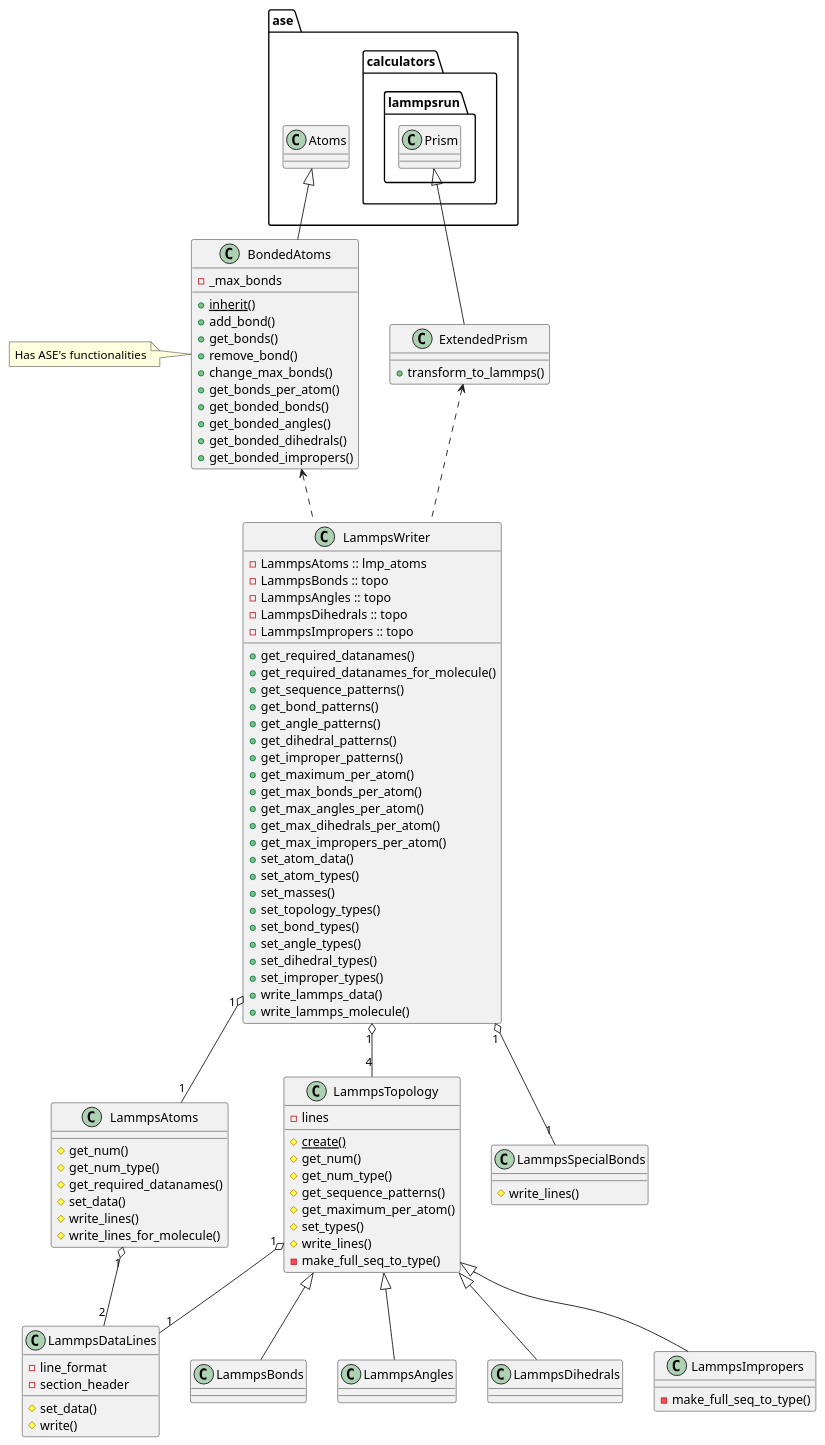
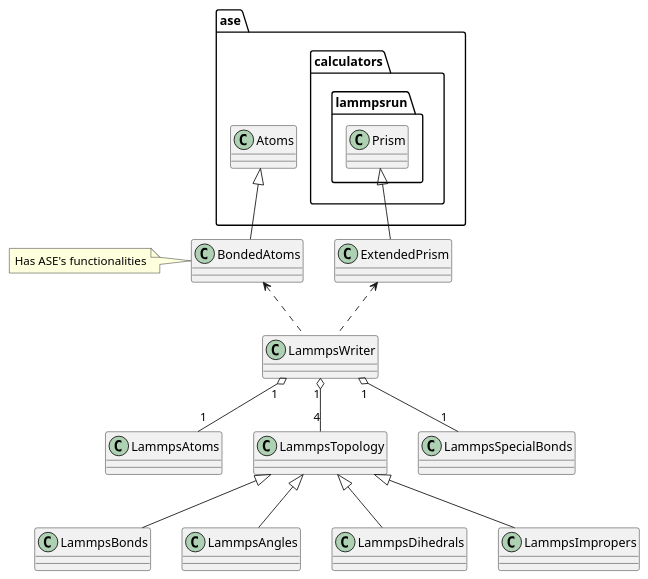
Before and after one commit to irisTa56/ease4lmp: the second of 2 diagrams in sphinx/diagrams.md, drawn with PlantUML. The commit also changed other lines of this file and 33 other files, not shown here.

```diff
--- a/sphinx/diagrams.md
+++ b/sphinx/diagrams.md
@@ -27,74 +29,25 @@
 }
 
 class BondedAtoms {
-  -_max_bonds
-  {static} +inherit()
-  +add_bond()
-  +get_bonds()
-  +remove_bond()
-  +change_max_bonds()
-  +get_bonds_per_atom()
-  +get_bonded_bonds()
-  +get_bonded_angles()
-  +get_bonded_dihedrals()
-  +get_bonded_impropers()
+
 }
 
 note left: Has ASE's functionalities
 
 class ExtendedPrism {
-  +transform_to_lammps()
+
 }
 
 class LammpsWriter {
-  +get_required_datanames()
-  +get_required_datanames_for_molecule()
-  +get_sequence_patterns()
-  +get_bond_patterns()
-  +get_angle_patterns()
-  +get_dihedral_patterns()
-  +get_improper_patterns()
-  +get_maximum_per_atom()
-  +get_max_bonds_per_atom()
-  +get_max_angles_per_atom()
-  +get_max_dihedrals_per_atom()
-  +get_max_impropers_per_atom()
-  +set_atom_data()
-  +set_atom_types()
-  +set_masses()
-  +set_topology_types()
-  +set_bond_types()
-  +set_angle_types()
-  +set_dihedral_types()
-  +set_improper_types()
-  +write_lammps_data()
-  +write_lammps_molecule()
-  -LammpsAtoms :: lmp_atoms
-  -LammpsBonds :: topo
-  -LammpsAngles :: topo
-  -LammpsDihedrals :: topo
-  -LammpsImpropers :: topo
+
 }
 
 class LammpsAtoms {
-  #get_num()
-  #get_num_type()
-  #get_required_datanames()
-  #set_data()
-  #write_lines()
-  #write_lines_for_molecule()
+
 }
 
 class LammpsTopology {
-  {static} #create()
-  #get_num()
-  #get_num_type()
-  #get_sequence_patterns()
-  #get_maximum_per_atom()
-  #set_types()
-  #write_lines()
-  -lines
-  -make_full_seq_to_type()
+
 }
 
 class LammpsBonds {
@@ -107,18 +60,11 @@
 }
 
 class LammpsImpropers {
-  -make_full_seq_to_type()
+
 }
 
 class LammpsSpecialBonds {
-  #write_lines()
-}
 
-class LammpsDataLines {
-  #set_data()
-  #write()
-  -line_format
-  -section_header
 }
 
 Atoms <|-- BondedAtoms
@@ -132,8 +78,6 @@
 LammpsWriter "1" o-- "1" LammpsAtoms
 LammpsWriter "1" o-- "4" LammpsTopology
 LammpsWriter "1" o-- "1" LammpsSpecialBonds
-LammpsAtoms "1" o-- "2" LammpsDataLines
-LammpsTopology "1" o-- "1" LammpsDataLines
 
 BondedAtoms <.. LammpsWriter
 ExtendedPrism <.. LammpsWriter
```
